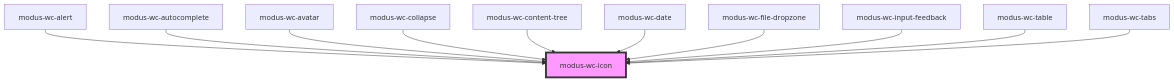
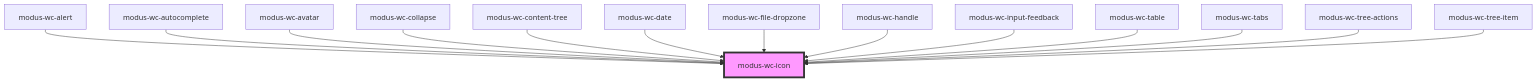
Before and after one commit to trimble-oss/modus-wc-2.0: the diagram in src/components/modus-wc-icon/readme.md, drawn with Mermaid. The commit also changed other lines of this file and 23 other files, not shown here.

````diff
--- a/src/components/modus-wc-icon/readme.md
+++ b/src/components/modus-wc-icon/readme.md
@@ -41,14 +44,17 @@
 ```mermaid
 graph TD;
   modus-wc-alert --> modus-wc-icon
   modus-wc-autocomplete --> modus-wc-icon
   modus-wc-avatar --> modus-wc-icon
   modus-wc-collapse --> modus-wc-icon
   modus-wc-content-tree --> modus-wc-icon
   modus-wc-date --> modus-wc-icon
   modus-wc-file-dropzone --> modus-wc-icon
+  modus-wc-handle --> modus-wc-icon
   modus-wc-input-feedback --> modus-wc-icon
   modus-wc-table --> modus-wc-icon
   modus-wc-tabs --> modus-wc-icon
+  modus-wc-tree-actions --> modus-wc-icon
+  modus-wc-tree-item --> modus-wc-icon
   style modus-wc-icon fill:#f9f,stroke:#333,stroke-width:4px
 ```
````
